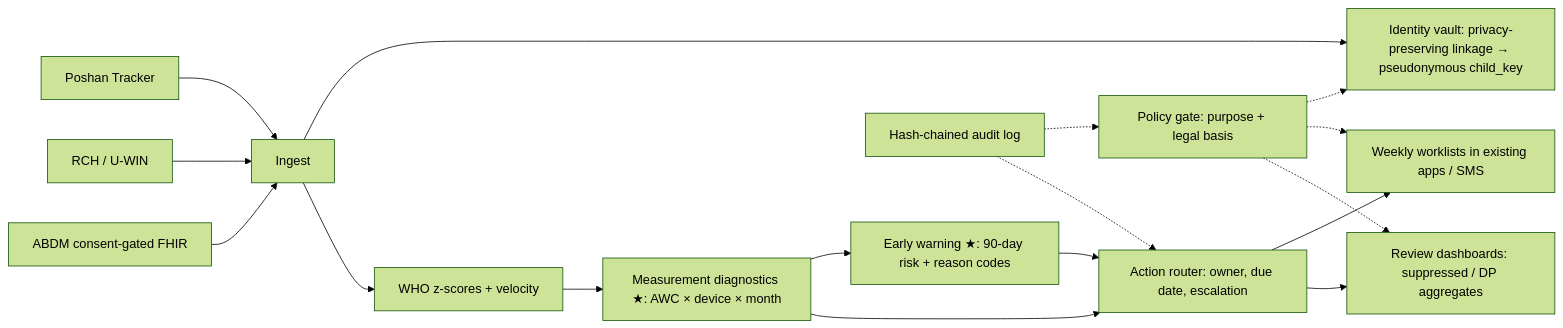
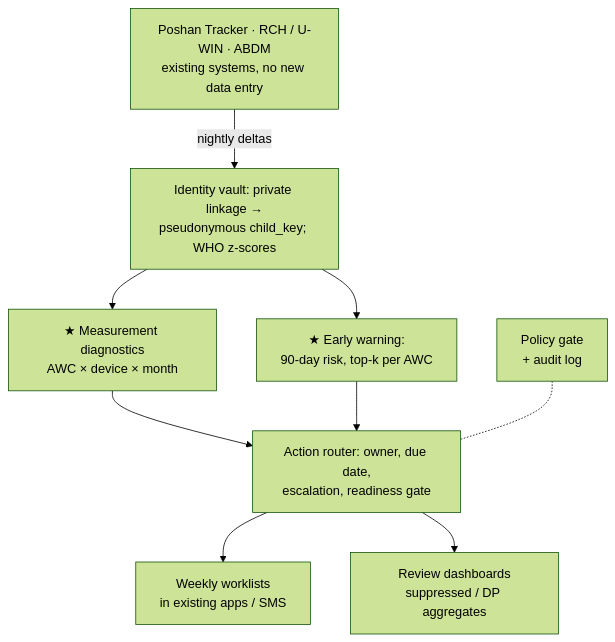
The diagram in india71-t1-nutrition/deliverables/round1-proposal.md (imdigitalashish/techfest-2026), drawn with Mermaid (forest theme) before and after one commit. The commit also changed 24 other files, not shown here.

````diff
--- a/india71-t1-nutrition/deliverables/round1-proposal.md
+++ b/india71-t1-nutrition/deliverables/round1-proposal.md
@@ -41,16 +41,19 @@
 ```mermaid
-flowchart LR
-  PT[Poshan Tracker] --> ING[Ingest]
-  RCH[RCH / U-WIN] --> ING
-  ABDM[ABDM consent-gated FHIR] --> ING
-  ING --> VAULT[Identity vault: privacy-preserving linkage → pseudonymous child_key]
-  ING --> Z[WHO z-scores + velocity]
-  Z --> CRED[Measurement diagnostics ★: AWC × device × month]
-  CRED --> EW[Early warning ★: 90-day risk + reason codes]
-  EW --> ROUTE[Action router: owner, due date, escalation]
-  CRED --> ROUTE
-  ROUTE --> WL[Weekly worklists in existing apps / SMS]
-  ROUTE --> DASH[Review dashboards: suppressed / DP aggregates]
-  POL[Policy gate: purpose + legal basis] -.-> VAULT & WL & DASH
-  AUD[Hash-chained audit log] -.-> POL & ROUTE
+flowchart TB
+  S["Poshan Tracker · RCH / U-WIN · ABDM<br/>existing systems, no new data entry"]
+  V["Identity vault: private linkage →<br/>pseudonymous child_key; WHO z-scores"]
+  D["★ Measurement diagnostics<br/>AWC × device × month"]
+  E["★ Early warning:<br/>90-day risk, top-k per AWC"]
+  R["Action router: owner, due date,<br/>escalation, readiness gate"]
+  G["Policy gate<br/>+ audit log"]
+  W["Weekly worklists<br/>in existing apps / SMS"]
+  A["Review dashboards<br/>suppressed / DP aggregates"]
+  S -->|nightly deltas| V
+  V --> D
+  V --> E
+  D --> R
+  E --> R
+  G -.- R
+  R --> W
+  R --> A
 ```
````
